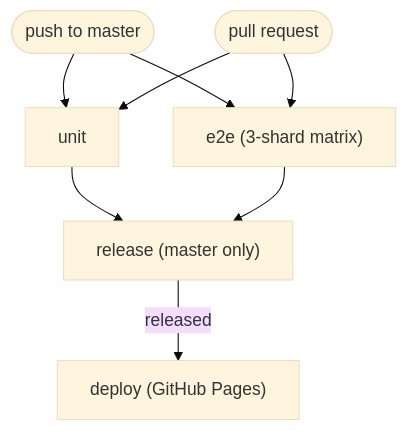
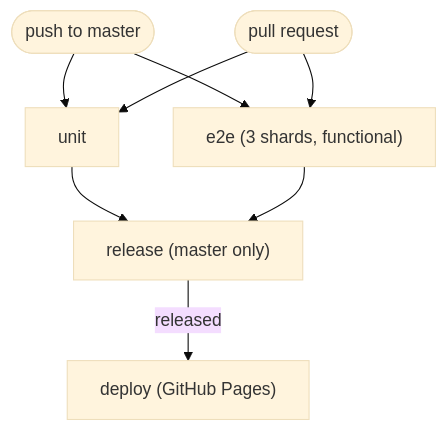
One commit to OpenGIS/app changed the diagram in docs/11.ci.md. Above: the diagram before and after it, drawn with Mermaid (base theme). The commit also changed other lines of this file and 4 other files, not shown here.

````diff
--- a/docs/11.ci.md
+++ b/docs/11.ci.md
@@ -11,10 +11,10 @@
 ```mermaid
 flowchart TD
     push([push to master]) --> unit
-    push --> e2e["e2e (3-shard matrix)"]
+    push --> e2e["e2e (3 shards, functional)"]
     pr([pull request]) --> unit
     pr --> e2e
     unit --> release["release (master only)"]
     e2e --> release
     release -->|released| deploy["deploy (GitHub Pages)"]
 ```
````
